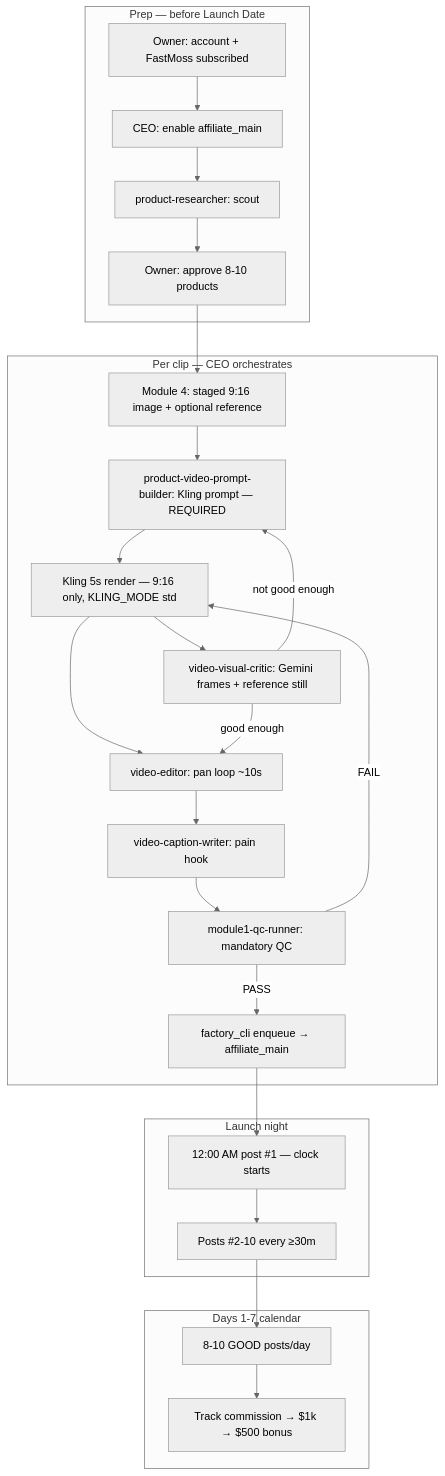
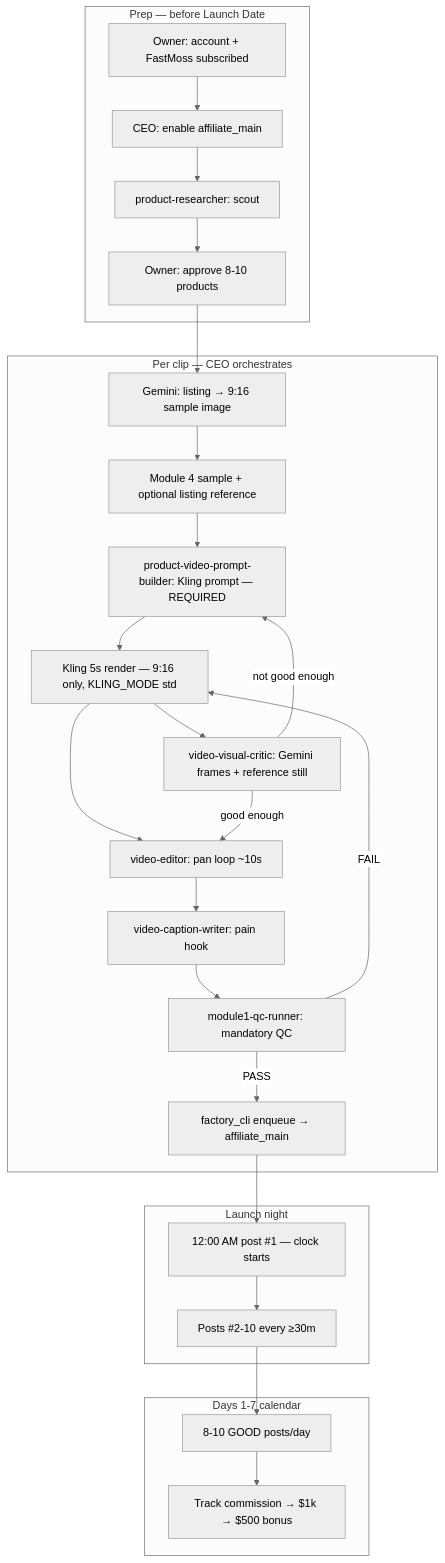
One commit to ProofOfProgress/proof-codex-ai changed the first of 3 diagrams in docs/PIPELINE_SYSTEM_DESIGN.md. Above: the diagram before and after it, drawn with Mermaid (neutral theme). The commit also changed other lines of this file and 12 other files, not shown here.

First line of the commit message:
Add Gemini Module 4 sample step — listing photo to full-bleed 9:16 for Kling

````diff
--- a/docs/PIPELINE_SYSTEM_DESIGN.md
+++ b/docs/PIPELINE_SYSTEM_DESIGN.md
@@ -21,32 +21,33 @@
 ```mermaid
 flowchart TD
   subgraph prep [Prep — before Launch Date]
     A[Owner: account + FastMoss subscribed] --> B[CEO: enable affiliate_main]
     B --> C[product-researcher: scout]
     C --> D[Owner: approve 8-10 products]
   end
 
   subgraph per_clip [Per clip — CEO orchestrates]
-    D --> E[Module 4: staged 9:16 image + optional reference]
+    D --> E0[Gemini: listing → 9:16 sample image]
+    E0 --> E[Module 4 sample + optional listing reference]
     E --> F[product-video-prompt-builder: Kling prompt — REQUIRED]
     F --> G[Kling 5s render — 9:16 only, KLING_MODE std]
     G --> H[video-editor: pan loop ~10s]
     G --> V[video-visual-critic: Gemini frames + reference still]
     V -->|not good enough| F
     V -->|good enough| H
     H --> I[video-caption-writer: pain hook]
     I --> J[module1-qc-runner: mandatory QC]
     J -->|PASS| K[factory_cli enqueue → affiliate_main]
     J -->|FAIL| G
   end
 
   subgraph launch [Launch night]
     K --> L["12:00 AM post #1 — clock starts"]
     L --> M["Posts #2-10 every ≥30m"]
   end
 
   subgraph week1 [Days 1-7 calendar]
     M --> N[8-10 GOOD posts/day]
     N --> O[Track commission → $1k → $500 bonus]
   end
 ```
````
